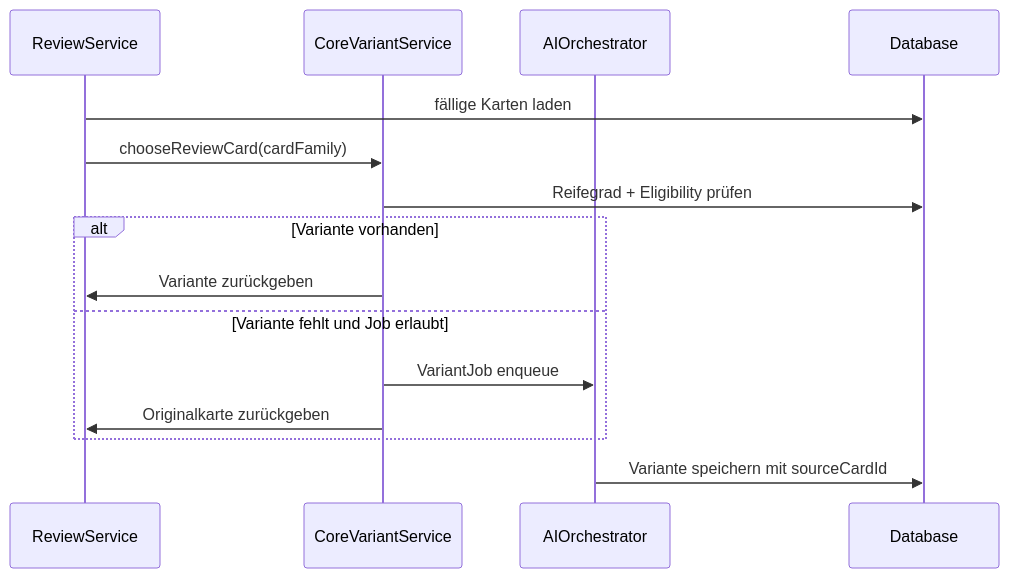
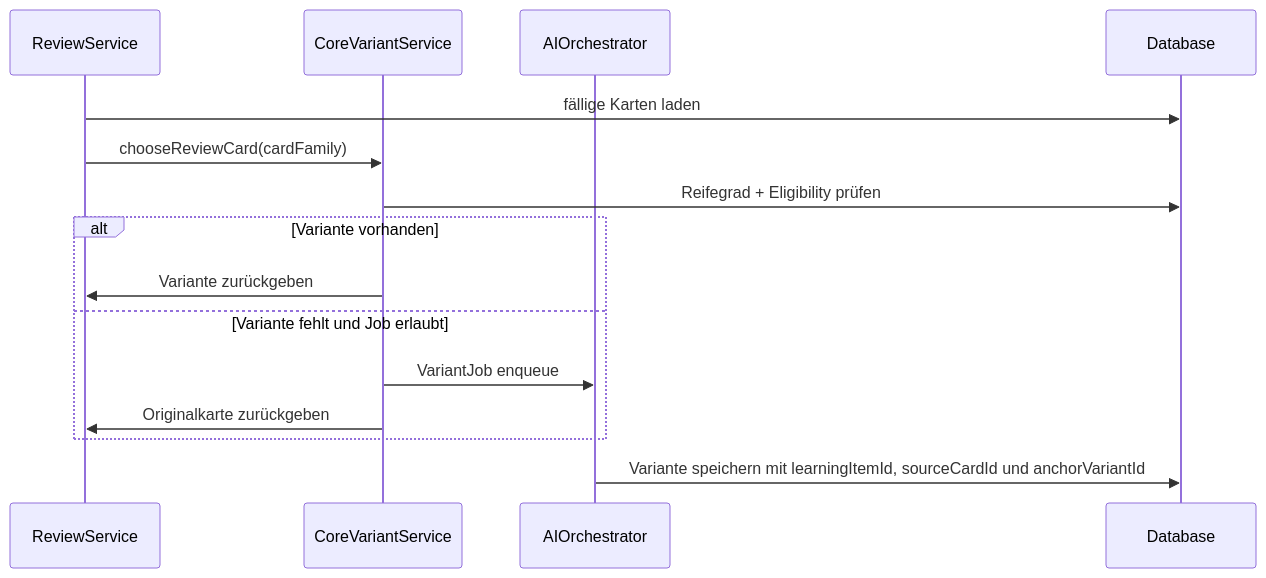
The third of 3 diagrams in specs.md (Betogora/CoRe_Hosted), drawn with Mermaid before and after one commit. The commit also changed other lines of this file and 8 other files, not shown here.

````diff
--- a/specs.md
+++ b/specs.md
@@ -2638,18 +2725,18 @@
 ```mermaid
 sequenceDiagram
   participant R as ReviewService
   participant C as CoreVariantService
   participant AI as AIOrchestrator
   participant DB as Database
 
   R->>DB: fällige Karten laden
   R->>C: chooseReviewCard(cardFamily)
   C->>DB: Reifegrad + Eligibility prüfen
   alt Variante vorhanden
     C->>R: Variante zurückgeben
   else Variante fehlt und Job erlaubt
     C->>AI: VariantJob enqueue
     C->>R: Originalkarte zurückgeben
   end
-  AI->>DB: Variante speichern mit sourceCardId
+  AI->>DB: Variante speichern mit learningItemId, sourceCardId und anchorVariantId
 ```
````
